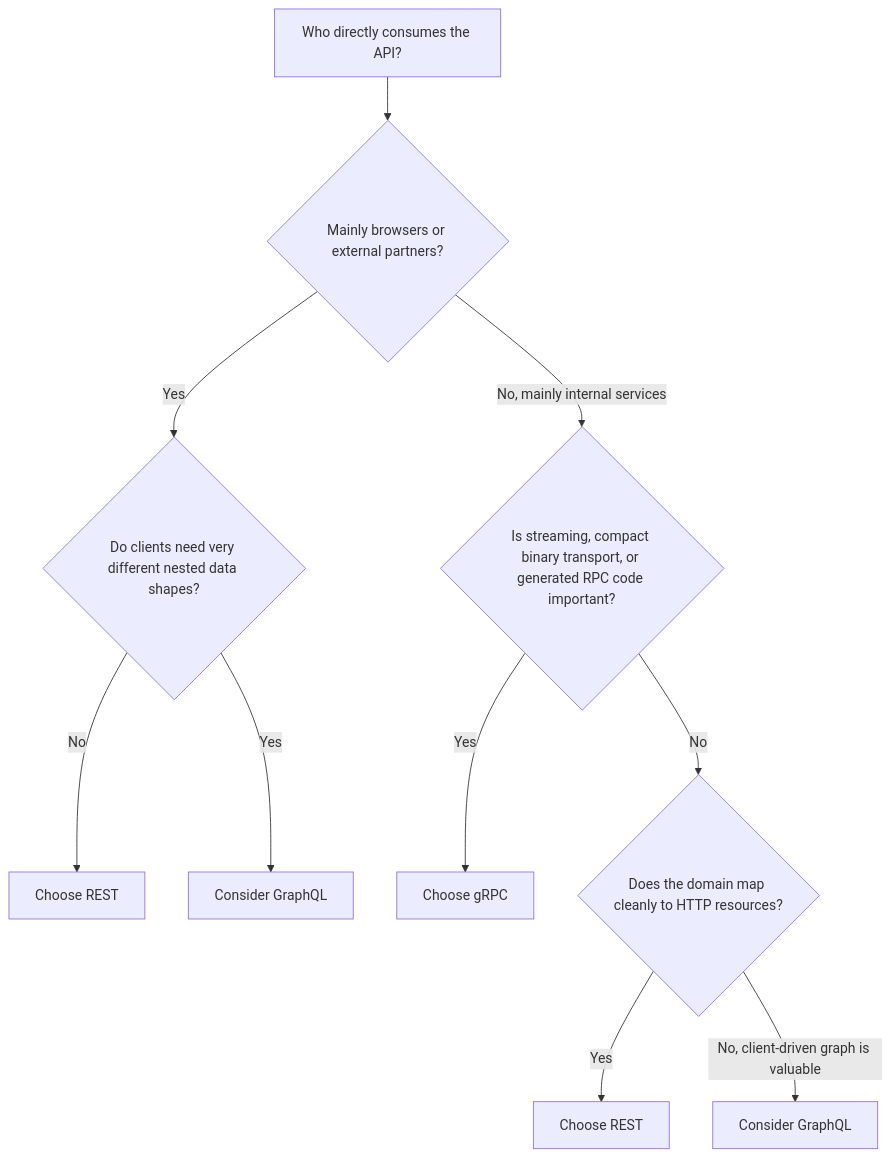
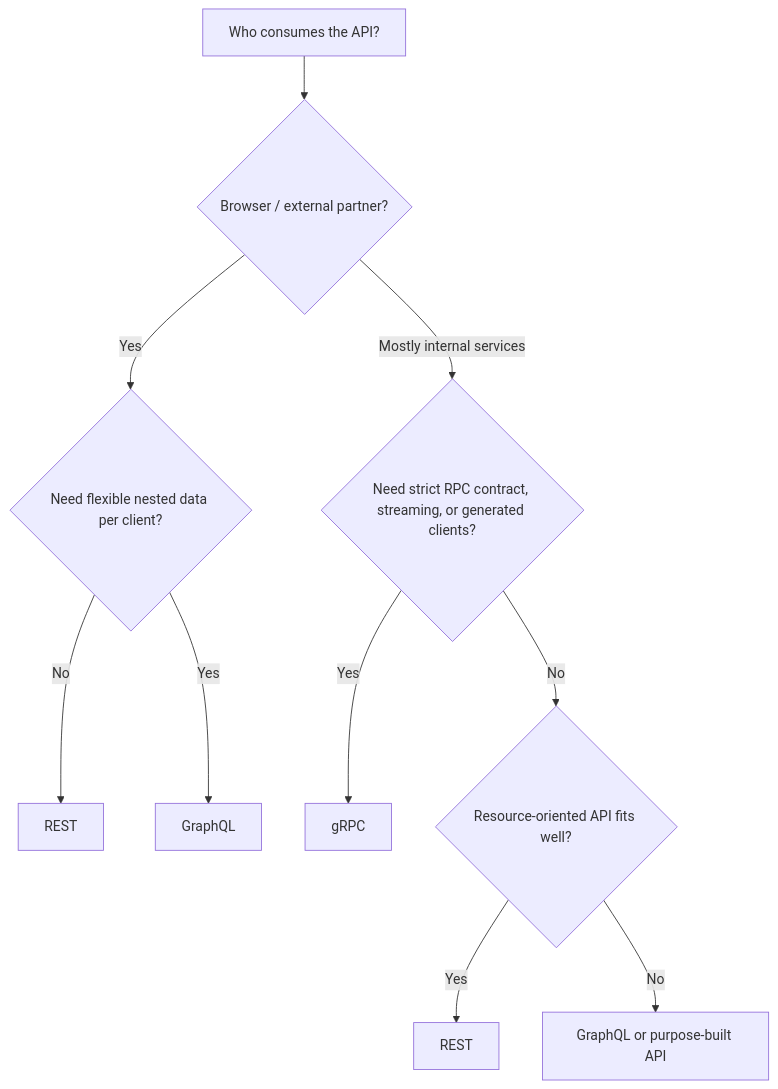
Before and after one commit to AvadhBhalodiya/Interview-Preparation: the first of 6 diagrams in src/content/api-design/rest-vs-graphql-vs-grpc.md, drawn with Mermaid. The commit also changed other lines of this file and 54 other files, not shown here.

````diff
--- a/src/content/api-design/rest-vs-graphql-vs-grpc.md
+++ b/src/content/api-design/rest-vs-graphql-vs-grpc.md
@@ -22,14 +20,14 @@
 ```mermaid
 flowchart TD
-    A[Who directly consumes the API?] --> B{Mainly browsers or external partners?}
+    A[Who consumes the API?] --> B{Browser / external partner?}
 
-    B -->|Yes| C{Do clients need very different nested data shapes?}
-    C -->|No| R[Choose REST]
-    C -->|Yes| G[Consider GraphQL]
+    B -->|Yes| C{Need flexible nested data per client?}
+    C -->|No| R[REST]
+    C -->|Yes| G[GraphQL]
 
-    B -->|No, mainly internal services| D{Is streaming, compact binary transport, or generated RPC code important?}
-    D -->|Yes| P[Choose gRPC]
-    D -->|No| E{Does the domain map cleanly to HTTP resources?}
-    E -->|Yes| R2[Choose REST]
-    E -->|No, client-driven graph is valuable| G2[Consider GraphQL]
+    B -->|Mostly internal services| D{Need strict RPC contract, streaming, or generated clients?}
+    D -->|Yes| P[gRPC]
+    D -->|No| E{Resource-oriented API fits well?}
+    E -->|Yes| R2[REST]
+    E -->|No| G2[GraphQL or purpose-built API]
 ```
````
